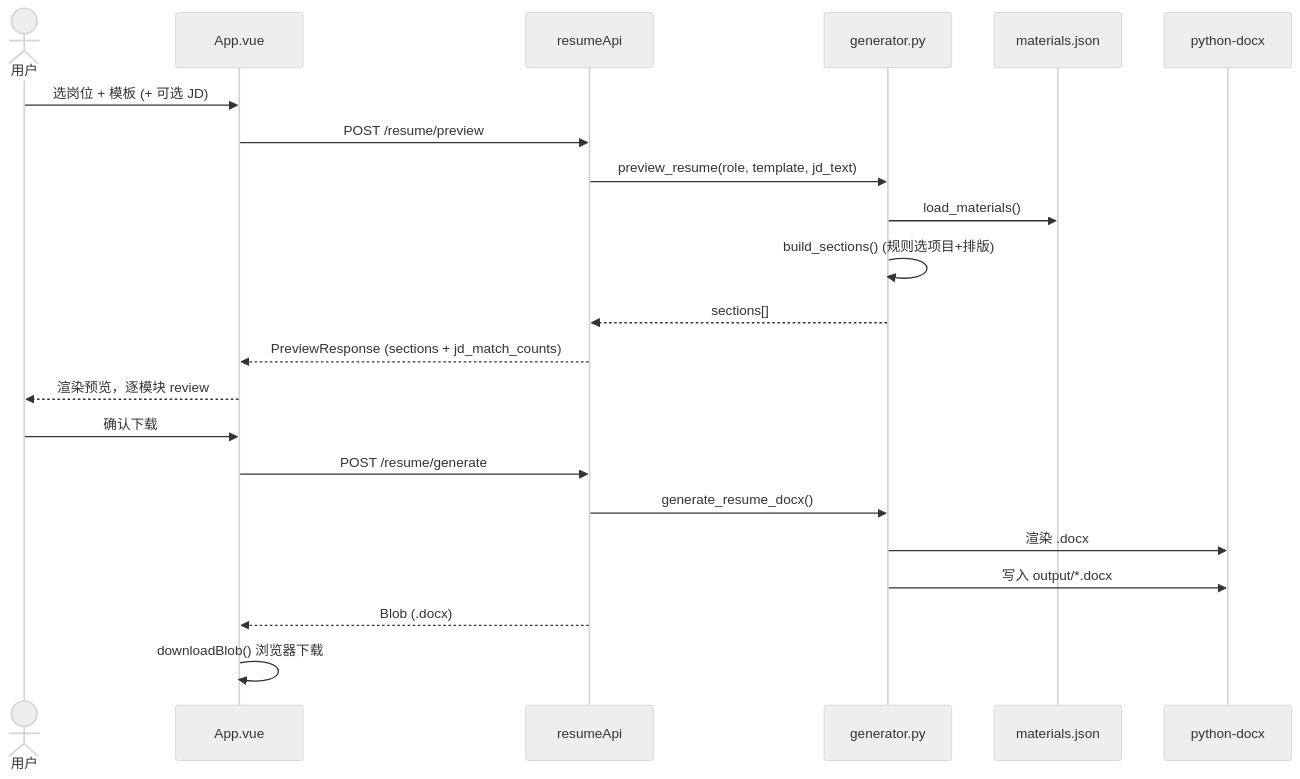
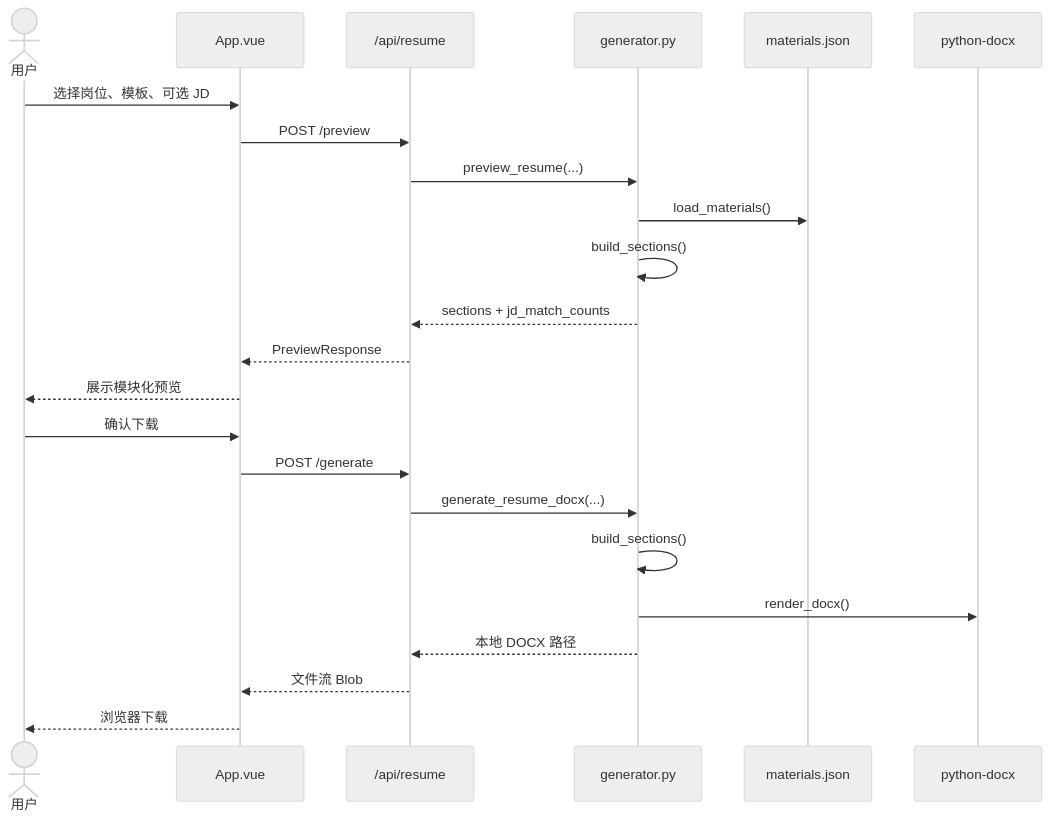
One commit to JJ704sd/Resume-Buff changed the fifth of 9 diagrams in .harness/docs/system-architecture.md. Above: the diagram before and after it, drawn with Mermaid (neutral theme). The commit also changed other lines of this file, not shown here.

Commit message:
docs(architecture): refresh system design and data flows

````diff
--- a/.harness/docs/system-architecture.md
+++ b/.harness/docs/system-architecture.md
@@ -171,25 +267,26 @@
 ```mermaid
 sequenceDiagram
   actor U as 用户
   participant FE as App.vue
-  participant API as resumeApi
+  participant API as /api/resume
   participant GEN as generator.py
   participant MAT as materials.json
   participant DOCX as python-docx
 
-  U->>FE: 选岗位 + 模板 (+ 可选 JD)
-  FE->>API: POST /resume/preview
-  API->>GEN: preview_resume(role, template, jd_text)
+  U->>FE: 选择岗位、模板、可选 JD
+  FE->>API: POST /preview
+  API->>GEN: preview_resume(...)
   GEN->>MAT: load_materials()
-  GEN->>GEN: build_sections() (规则选项目+排版)
-  GEN-->>API: sections[]
-  API-->>FE: PreviewResponse (sections + jd_match_counts)
-  FE-->>U: 渲染预览，逐模块 review
+  GEN->>GEN: build_sections()
+  GEN-->>API: sections + jd_match_counts
+  API-->>FE: PreviewResponse
+  FE-->>U: 展示模块化预览
   U->>FE: 确认下载
-  FE->>API: POST /resume/generate
-  API->>GEN: generate_resume_docx()
-  GEN->>DOCX: 渲染 .docx
-  GEN->>DOCX: 写入 output/*.docx
-  API-->>FE: Blob (.docx)
-  FE->>FE: downloadBlob() 浏览器下载
+  FE->>API: POST /generate
+  API->>GEN: generate_resume_docx(...)
+  GEN->>GEN: build_sections()
+  GEN->>DOCX: render_docx()
+  GEN-->>API: 本地 DOCX 路径
+  API-->>FE: 文件流 Blob
+  FE-->>U: 浏览器下载
 ```
````
